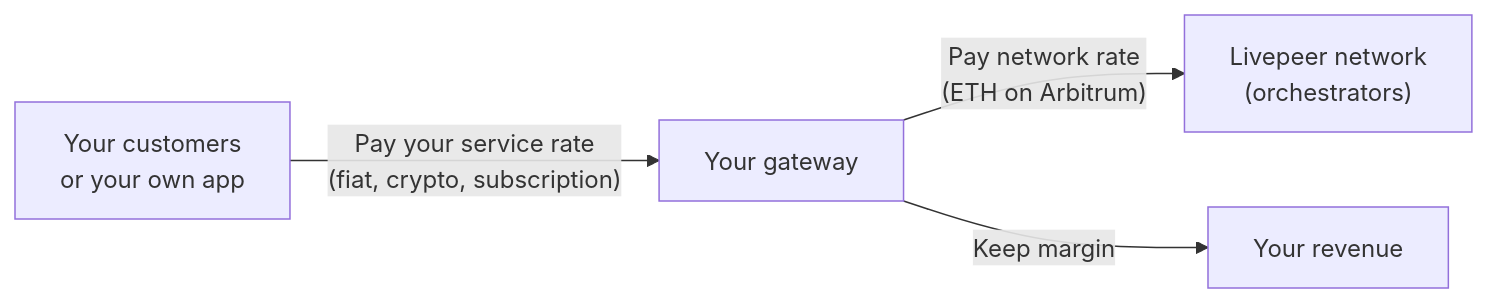
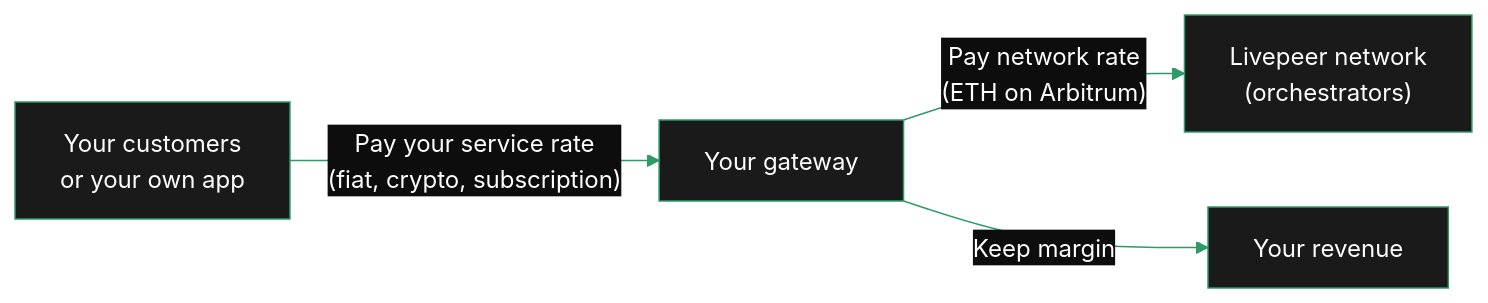
One commit to sidestream-tech/livepeer-docs changed the diagram in v2/gateways/guides/operator-considerations/business-case.mdx. Above: the diagram before and after it, drawn with Mermaid. The commit also changed 18 other files, not shown here.

````diff
--- a/v2/gateways/guides/operator-considerations/business-case.mdx
+++ b/v2/gateways/guides/operator-considerations/business-case.mdx
@@ -111,7 +111,7 @@
 ```mermaid
-%%{init: {'theme': 'base', 'themeVariables': { 'primaryColor': '#1a1a1a', 'primaryTextColor': '#E0E4E0', 'primaryBorderColor': '#18794E', 'lineColor': '#2b9a66', 'secondaryColor': '#0d0d0d', 'tertiaryColor': '#3CB540', 'background': '#0d0d0d', 'fontFamily': "Inter, 'Inter Fallback', -apple-system, system-ui" }}}%%
+%%{init: {'theme': 'base', 'themeVariables': { 'primaryColor': '#1a1a1a', 'primaryTextColor': '#fff', 'primaryBorderColor': '#2d9a67', 'lineColor': '#2d9a67', 'secondaryColor': '#0d0d0d', 'tertiaryColor': '#1a1a1a', 'background': '#0d0d0d', 'fontFamily': 'system-ui' }}}%%
 flowchart LR
     A["Your customers\nor your own app"] -->|"Pay your service rate\n(fiat, crypto, subscription)"| B["Your gateway"]
     B -->|"Pay network rate\n(ETH on Arbitrum)"| C["Livepeer network\n(orchestrators)"]
     B -->|"Keep margin"| D["Your revenue"]
 ```
````
